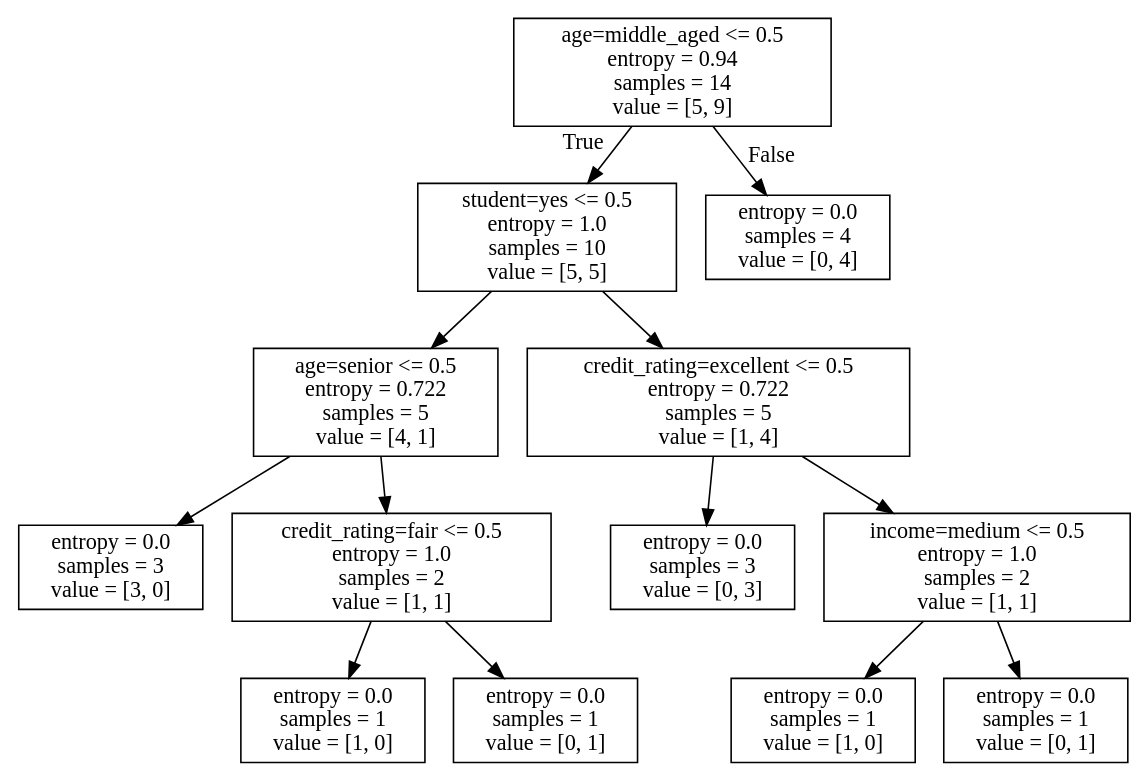
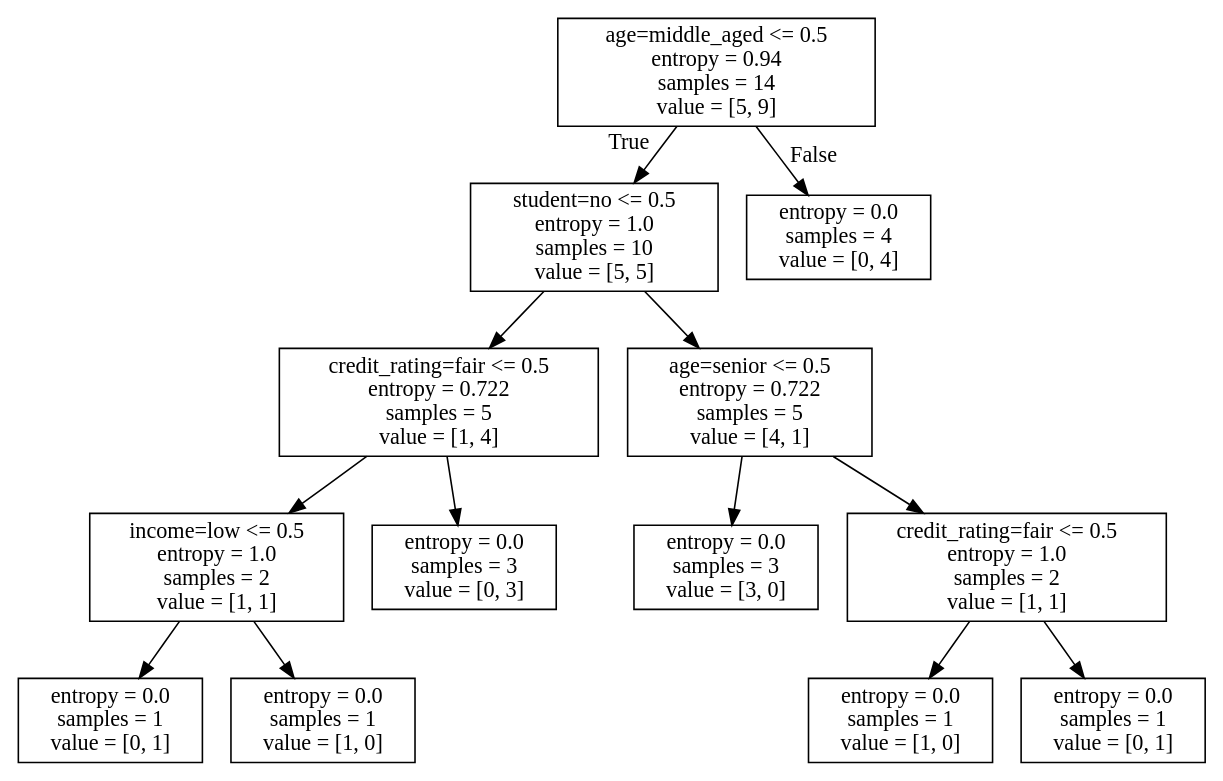
The diagram in allElectronicInformationGainOri.dot (yulong12/ML_Demo), drawn with Graphviz before and after one commit. The commit also changed 4 other files, not shown here.

```diff
--- a/allElectronicInformationGainOri.dot
+++ b/allElectronicInformationGainOri.dot
@@ -1,28 +1,28 @@
 digraph Tree {
 node [shape=box] ;
 0 [label="age=middle_aged <= 0.5\nentropy = 0.94\nsamples = 14\nvalue = [5, 9]"] ;
-1 [label="student=yes <= 0.5\nentropy = 1.0\nsamples = 10\nvalue = [5, 5]"] ;
+1 [label="student=no <= 0.5\nentropy = 1.0\nsamples = 10\nvalue = [5, 5]"] ;
 0 -> 1 [labeldistance=2.5, labelangle=45, headlabel="True"] ;
-2 [label="age=senior <= 0.5\nentropy = 0.722\nsamples = 5\nvalue = [4, 1]"] ;
+2 [label="credit_rating=fair <= 0.5\nentropy = 0.722\nsamples = 5\nvalue = [1, 4]"] ;
 1 -> 2 ;
-3 [label="entropy = 0.0\nsamples = 3\nvalue = [3, 0]"] ;
+3 [label="income=low <= 0.5\nentropy = 1.0\nsamples = 2\nvalue = [1, 1]"] ;
 2 -> 3 ;
-4 [label="credit_rating=fair <= 0.5\nentropy = 1.0\nsamples = 2\nvalue = [1, 1]"] ;
-2 -> 4 ;
+4 [label="entropy = 0.0\nsamples = 1\nvalue = [0, 1]"] ;
+3 -> 4 ;
 5 [label="entropy = 0.0\nsamples = 1\nvalue = [1, 0]"] ;
-4 -> 5 ;
-6 [label="entropy = 0.0\nsamples = 1\nvalue = [0, 1]"] ;
-4 -> 6 ;
-7 [label="credit_rating=excellent <= 0.5\nentropy = 0.722\nsamples = 5\nvalue = [1, 4]"] ;
+3 -> 5 ;
+6 [label="entropy = 0.0\nsamples = 3\nvalue = [0, 3]"] ;
+2 -> 6 ;
+7 [label="age=senior <= 0.5\nentropy = 0.722\nsamples = 5\nvalue = [4, 1]"] ;
 1 -> 7 ;
-8 [label="entropy = 0.0\nsamples = 3\nvalue = [0, 3]"] ;
+8 [label="entropy = 0.0\nsamples = 3\nvalue = [3, 0]"] ;
 7 -> 8 ;
-9 [label="income=medium <= 0.5\nentropy = 1.0\nsamples = 2\nvalue = [1, 1]"] ;
+9 [label="credit_rating=fair <= 0.5\nentropy = 1.0\nsamples = 2\nvalue = [1, 1]"] ;
 7 -> 9 ;
 10 [label="entropy = 0.0\nsamples = 1\nvalue = [1, 0]"] ;
 9 -> 10 ;
 11 [label="entropy = 0.0\nsamples = 1\nvalue = [0, 1]"] ;
 9 -> 11 ;
 12 [label="entropy = 0.0\nsamples = 4\nvalue = [0, 4]"] ;
 0 -> 12 [labeldistance=2.5, labelangle=-45, headlabel="False"] ;
 }
```
